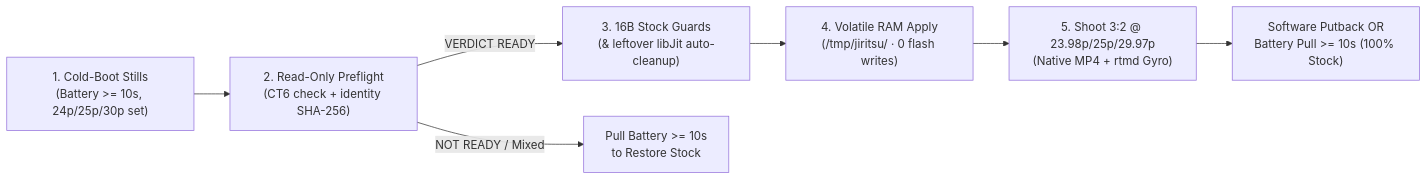
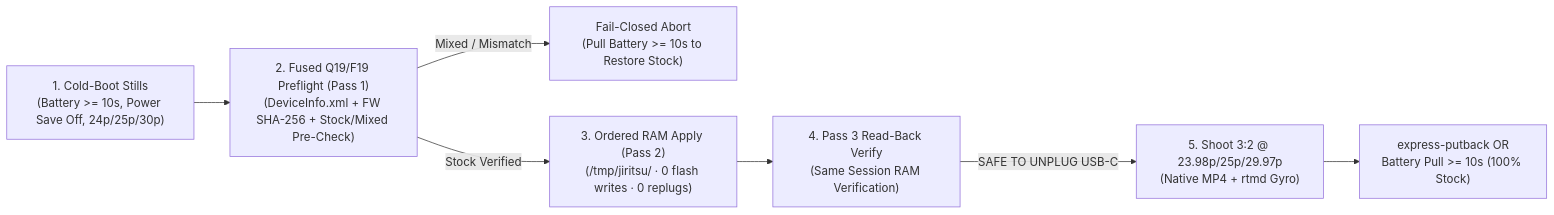
One commit to jeromykovatana/opengate-studio changed the diagram in README.md. Above: the diagram before and after it, drawn with Mermaid. The commit also changed other lines of this file and 23 other files, not shown here.

Commit message:
feat(v0.3.1-alpha): 30s service USB timeout, native IOKit USB auto-detect, sudo auth, app icon, Power Save guide & README

````diff
--- a/README.md
+++ b/README.md
@@ -209,9 +212,9 @@
 ```mermaid
 flowchart LR
-    G1["1. Cold-Boot Stills\n(Battery >= 10s, 24p/25p/30p set)"] --> G2["2. Read-Only Preflight\n(CT6 check + identity SHA-256)"]
-    G2 -->|"VERDICT READY"| G3["3. 16B Stock Guards\n(& leftover libJit auto-cleanup)"]
-    G2 -->|"NOT READY / Mixed"| BP["Pull Battery >= 10s\nto Restore Stock"]
-    G3 --> G4["4. Volatile RAM Apply\n(/tmp/jiritsu/ · 0 flash writes)"]
-    G4 --> SHOOT["5. Shoot 3:2 @ 23.98p/25p/29.97p\n(Native MP4 + rtmd Gyro)"]
-    SHOOT --> END["Software Putback OR\nBattery Pull >= 10s (100% Stock)"]
+    G1["1. Cold-Boot Stills\n(Battery >= 10s, Power Save Off, 24p/25p/30p)"] --> G2["2. Fused Q19/F19 Preflight (Pass 1)\n(DeviceInfo.xml + FW SHA-256 + Stock/Mixed Pre-Check)"]
+    G2 -->|"Mixed / Mismatch"| BP["Fail-Closed Abort\n(Pull Battery >= 10s to Restore Stock)"]
+    G2 -->|"Stock Verified"| G3["3. Ordered RAM Apply (Pass 2)\n(/tmp/jiritsu/ · 0 flash writes · 0 replugs)"]
+    G3 --> G4["4. Pass 3 Read-Back Verify\n(Same Session RAM Verification)"]
+    G4 -->|"SAFE TO UNPLUG USB-C"| SHOOT["5. Shoot 3:2 @ 23.98p/25p/29.97p\n(Native MP4 + rtmd Gyro)"]
+    SHOOT --> END["express-putback OR\nBattery Pull >= 10s (100% Stock)"]
 ```
````
